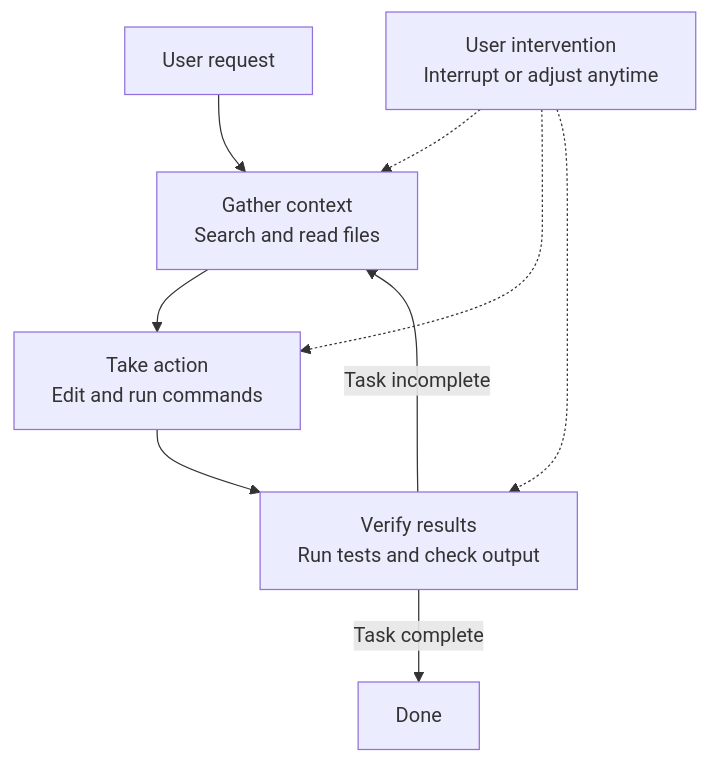
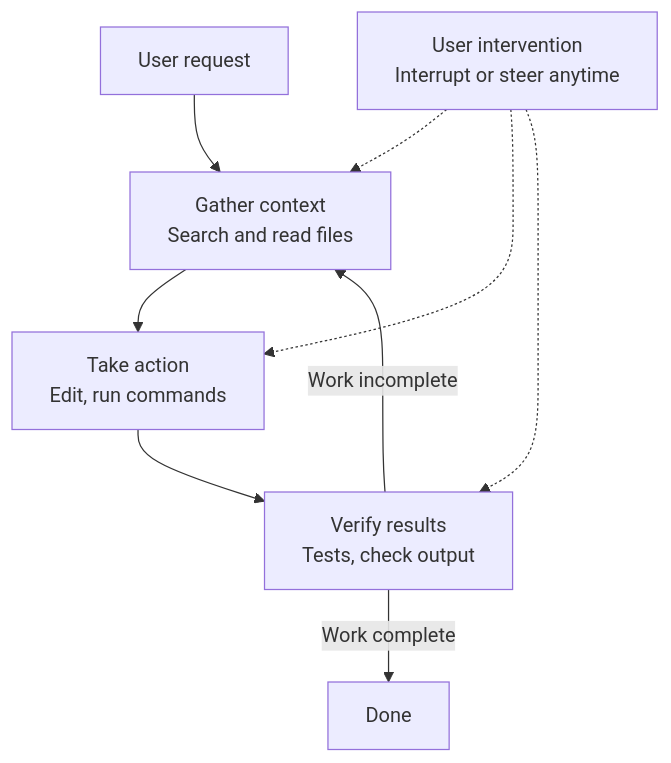
One commit to modu-ai/moai-adk changed the diagram in docs-site/content/en/claude-code/foundations/how-claude-code-works.md. Above: the diagram before and after it, drawn with Mermaid. The commit also changed other lines of this file and 395 other files, not shown here.

````diff
--- a/docs-site/content/en/claude-code/foundations/how-claude-code-works.md
+++ b/docs-site/content/en/claude-code/foundations/how-claude-code-works.md
@@ -38,11 +38,11 @@
 ```mermaid
 flowchart TD
     A[User request] --> B[Gather context<br/>Search and read files]
-    B --> C[Take action<br/>Edit and run commands]
-    C --> D[Verify results<br/>Run tests and check output]
-    D -->|Task incomplete| B
-    D -->|Task complete| E[Done]
-    F[User intervention<br/>Interrupt or adjust anytime] -.-> B
+    B --> C[Take action<br/>Edit, run commands]
+    C --> D[Verify results<br/>Tests, check output]
+    D -->|Work incomplete| B
+    D -->|Work complete| E[Done]
+    F[User intervention<br/>Interrupt or steer anytime] -.-> B
     F -.-> C
     F -.-> D
 ```
````
